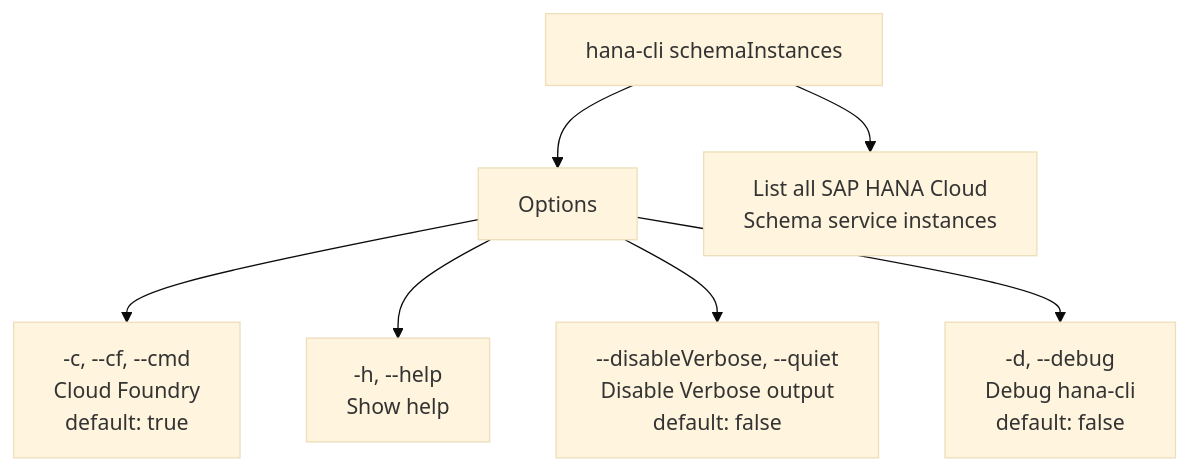
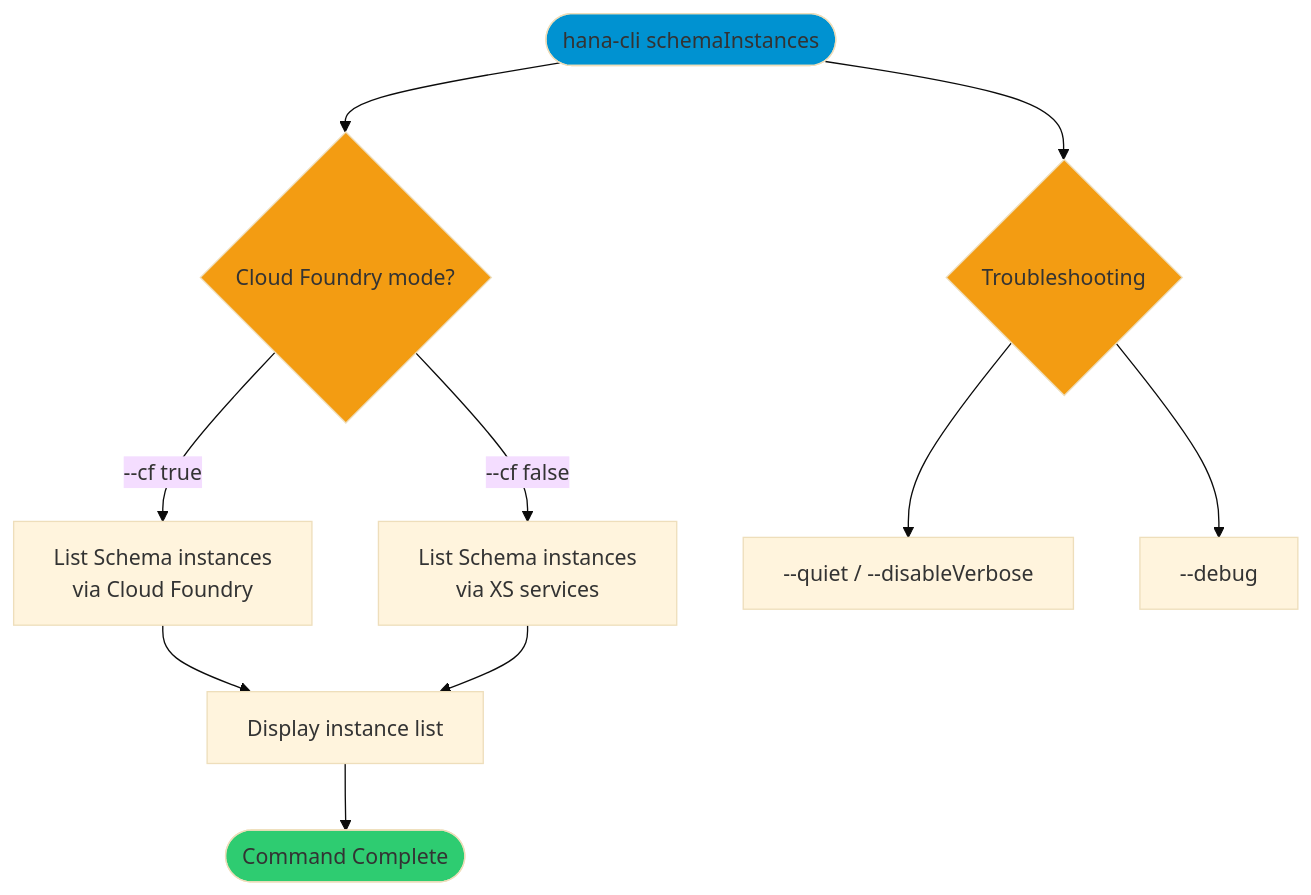
The first of 2 diagrams in docs/02-commands/hana-cloud/hana-cloud-schema-instances.md (SAP-samples/hana-developer-cli-tool-example), drawn with Mermaid (base theme) before and after one commit. The commit also changed other lines of this file and 8 other files, not shown here.

Commit message:
feat: enhance documentation for HANA Cloud commands with improved clarity and consistency

````diff
--- a/docs/02-commands/hana-cloud/hana-cloud-schema-instances.md
+++ b/docs/02-commands/hana-cloud/hana-cloud-schema-instances.md
@@ -26,9 +26,17 @@
 ```mermaid
 graph TD
-    A["hana-cli schemaInstances"] --> B["Options"]
-    B --> C["-c, --cf, --cmd<br/>Cloud Foundry<br/>default: true"]
-    B --> D["-h, --help<br/>Show help"]
-    B --> E["--disableVerbose, --quiet<br/>Disable Verbose output<br/>default: false"]
-    B --> F["-d, --debug<br/>Debug hana-cli<br/>default: false"]
-    A --> G["List all SAP HANA Cloud<br/>Schema service instances"]
+    Start([hana-cli schemaInstances]) --> Mode{Cloud Foundry mode?}
+    Mode -->|--cf true| CF["List Schema instances<br/>via Cloud Foundry"]
+    Mode -->|--cf false| XS["List Schema instances<br/>via XS services"]
+    CF --> Output["Display instance list"]
+    XS --> Output
+    Start --> Options{Troubleshooting}
+    Options --> Quiet["--quiet / --disableVerbose"]
+    Options --> Debug["--debug"]
+    Output --> Complete([Command Complete])
+
+    style Start fill:#0092d1
+    style Complete fill:#2ecc71
+    style Mode fill:#f39c12
+    style Options fill:#f39c12
 ```
````
